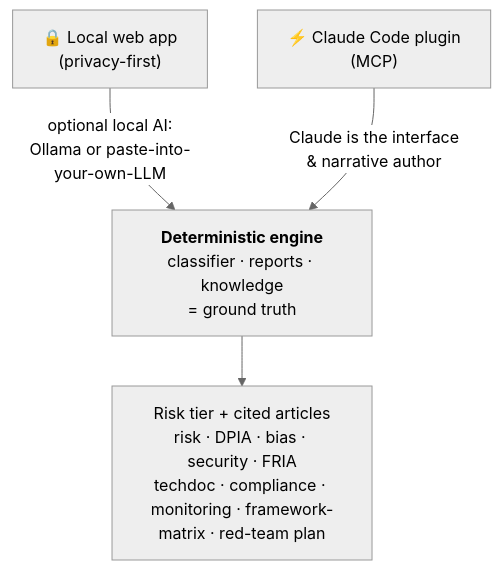
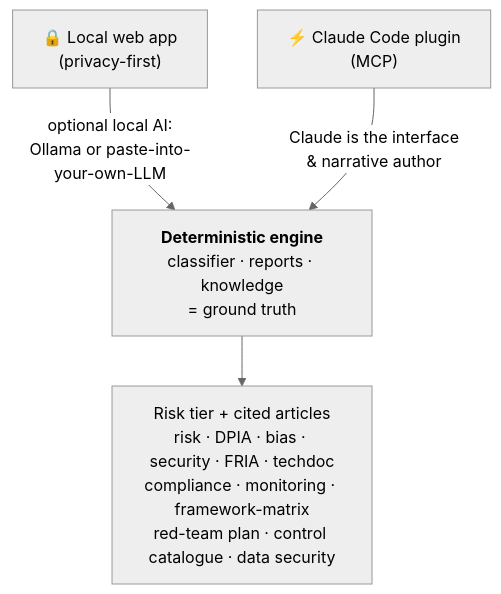
One commit to JKasteele/ai-act-companion changed the diagram in README.md. Above: the diagram before and after it, drawn with Mermaid (neutral theme). The commit also changed other lines of this file and 11 other files, not shown here.

First line of the commit message:
Release v0.4.0: showcase the control catalogue + data-security lens in the demo

````diff
--- a/README.md
+++ b/README.md
@@ -54,10 +60,10 @@
 ```mermaid
 flowchart TB
     A["🔒 Local web app<br/>(privacy-first)"]
     B["⚡ Claude Code plugin<br/>(MCP)"]
     E["<b>Deterministic engine</b><br/>classifier · reports · knowledge<br/>= ground truth"]
-    O["Risk tier + cited articles<br/>risk · DPIA · bias · security · FRIA<br/>techdoc · compliance · monitoring · framework-matrix · red-team plan"]
+    O["Risk tier + cited articles<br/>risk · DPIA · bias · security · FRIA · techdoc<br/>compliance · monitoring · framework-matrix<br/>red-team plan · control catalogue · data security"]
     A -->|"optional local AI:<br/>Ollama or paste-into-your-own-LLM"| E
     B -->|"Claude is the interface<br/>& narrative author"| E
     E --> O
 ```
````
